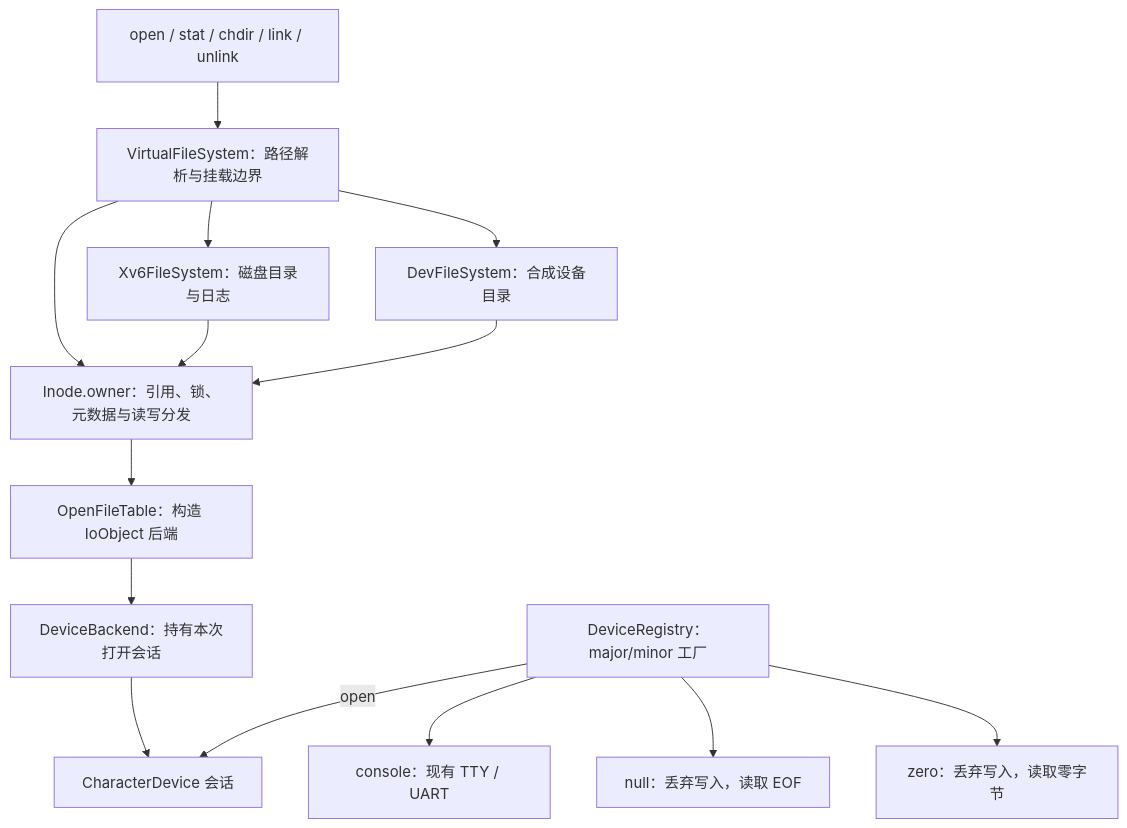
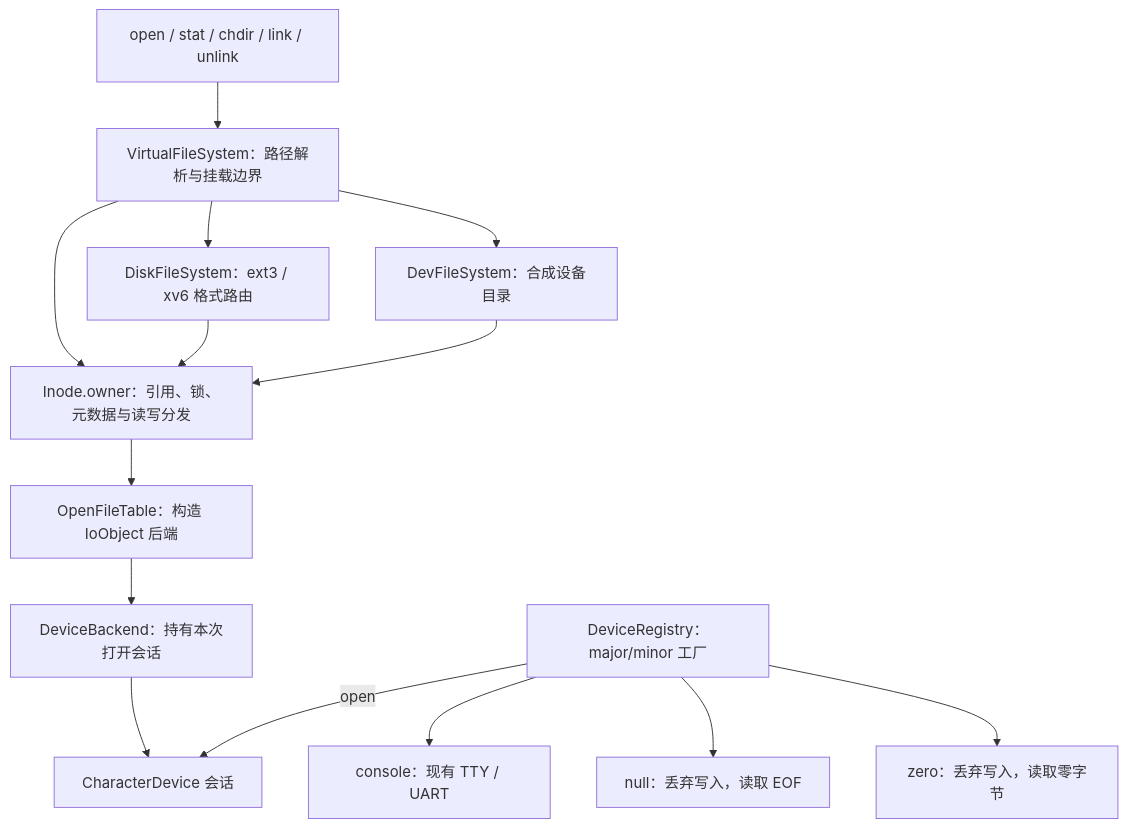
Before and after one commit to barrenham/xv6-cpp: the diagram in docs/devfs.md, drawn with Mermaid. The commit also changed other lines of this file and 264 other files, not shown here.

````diff
--- a/docs/devfs.md
+++ b/docs/devfs.md
@@ -5,16 +5,16 @@
 ```mermaid
 flowchart TD
   Path[open / stat / chdir / link / unlink] --> VFS[VirtualFileSystem：路径解析与挂载边界]
-  VFS --> Disk[Xv6FileSystem：磁盘目录与日志]
+  VFS --> Disk[DiskFileSystem：ext3 / xv6 格式路由]
   VFS --> Dev[DevFileSystem：合成设备目录]
   VFS --> Owner[Inode.owner：引用、锁、元数据与读写分发]
   Disk --> Owner
   Dev --> Owner
   Owner --> File[OpenFileTable：构造 IoObject 后端]
   File --> DB[DeviceBackend：持有本次打开会话]
   DB --> Session[CharacterDevice 会话]
   Registry[DeviceRegistry：major/minor 工厂] -->|open| Session
   Registry --> TTY[console：现有 TTY / UART]
   Registry --> Null[null：丢弃写入，读取 EOF]
   Registry --> Zero[zero：丢弃写入，读取零字节]
 ```
````
